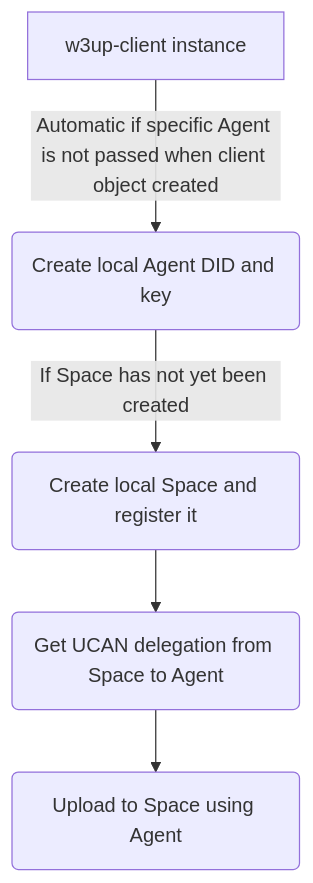
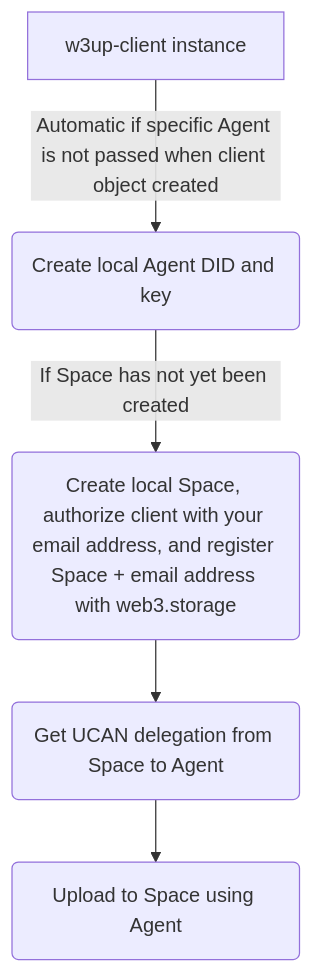
One commit to tx-ravenxbsw3/w3up changed the first of 5 diagrams in packages/w3up-client/README.md. Above: the diagram before and after it, drawn with Mermaid. The commit also changed other lines of this file, not shown here.

Commit message:
fix: update README to reflect authorize-first flow (#961)

````diff
--- a/packages/w3up-client/README.md
+++ b/packages/w3up-client/README.md
@@ -89,7 +89,7 @@
 ```mermaid
 flowchart TD
     A[w3up-client instance] -->|Automatic if specific Agent is not passed when client object created|B(Create local Agent DID and key)
-    B --> |If Space has not yet been created|S(Create local Space and register it)
+    B --> |If Space has not yet been created|S(Create local Space, authorize client with your email address, and register Space + email address with web3.storage)
     S --> C(Get UCAN delegation from Space to Agent)
     C --> D(Upload to Space using Agent)
 ```
````
